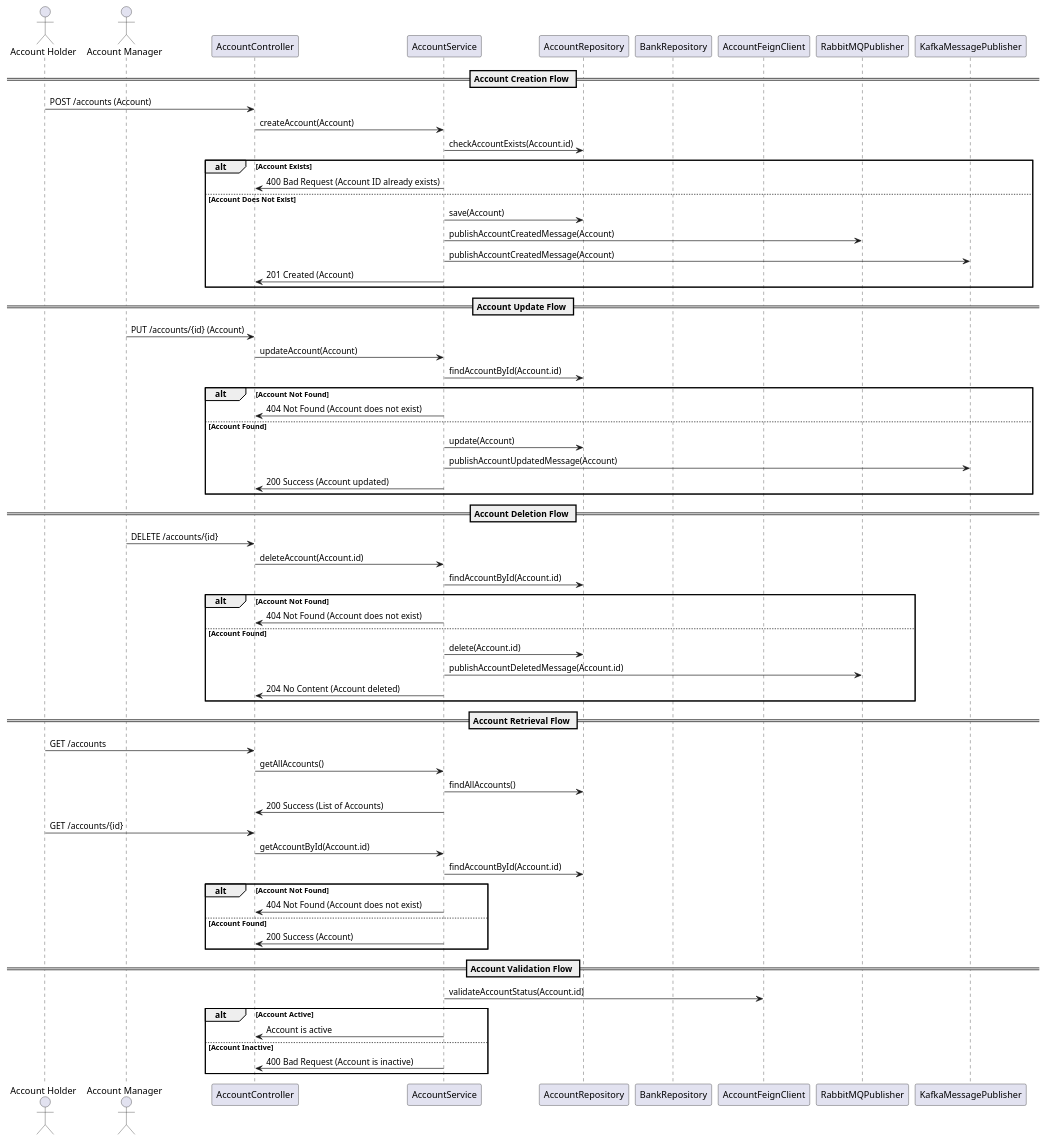
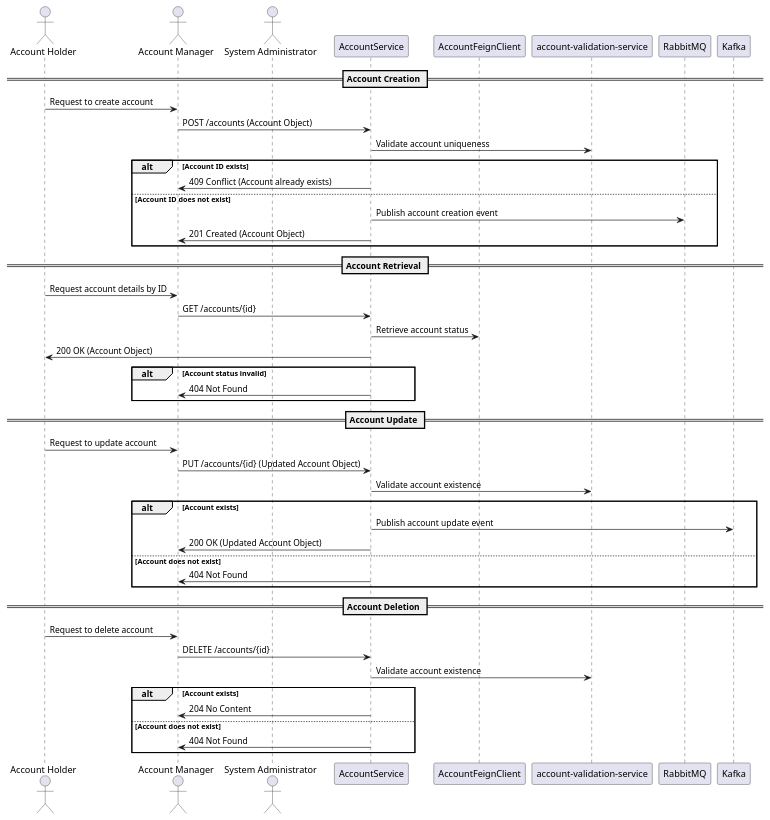
Before and after one commit to Bhaskar-Pavan/AccountService: the diagram in design_document/AccountService.md, drawn with PlantUML. The commit also changed other lines of this file, not shown here.

````diff
--- a/design_document/AccountService.md
+++ b/design_document/AccountService.md
@@ -37,74 +37,54 @@
 ```plantuml
 @startuml
 actor "Account Holder" as AH
 actor "Account Manager" as AM
-participant "AccountController" as AC
+actor "System Administrator" as SA
 participant "AccountService" as AS
-participant "AccountRepository" as AR
-participant "BankRepository" as BR
 participant "AccountFeignClient" as AFC
-participant "RabbitMQPublisher" as RMP
-participant "KafkaMessagePublisher" as KMP
+participant "account-validation-service" as AVS
+participant "RabbitMQ" as RMQ
+participant "Kafka" as KAFKA
 
-== Account Creation Flow ==
-AH -> AC : POST /accounts (Account)
-AC -> AS : createAccount(Account)
-AS -> AR : checkAccountExists(Account.id)
-alt Account Exists
-    AS -> AC : 400 Bad Request (Account ID already exists)
-else Account Does Not Exist
-    AS -> AR : save(Account)
-    AS -> RMP : publishAccountCreatedMessage(Account)
-    AS -> KMP : publishAccountCreatedMessage(Account)
-    AS -> AC : 201 Created (Account)
+== Account Creation ==
+AH -> AM : Request to create account
+AM -> AS : POST /accounts (Account Object)
+AS -> AVS : Validate account uniqueness
+alt Account ID exists
+    AS -> AM : 409 Conflict (Account already exists)
+else Account ID does not exist
+    AS -> RMQ : Publish account creation event
+    AS -> AM : 201 Created (Account Object)
 end
 
-== Account Update Flow ==
-AM -> AC : PUT /accounts/{id} (Account)
-AC -> AS : updateAccount(Account)
-AS -> AR : findAccountById(Account.id)
-alt Account Not Found
-    AS -> AC : 404 Not Found (Account does not exist)
-else Account Found
-    AS -> AR : update(Account)
-    AS -> KMP : publishAccountUpdatedMessage(Account)
-    AS -> AC : 200 Success (Account updated)
+== Account Retrieval ==
+AH -> AM : Request account details by ID
+AM -> AS : GET /accounts/{id}
+AS -> AFC : Retrieve account status
+AS -> AH : 200 OK (Account Object)
+alt Account status invalid
+    AS -> AM : 404 Not Found
 end
 
-== Account Deletion Flow ==
-AM -> AC : DELETE /accounts/{id}
-AC -> AS : deleteAccount(Account.id)
-AS -> AR : findAccountById(Account.id)
-alt Account Not Found
-    AS -> AC : 404 Not Found (Account does not exist)
-else Account Found
-    AS -> AR : delete(Account.id)
-    AS -> RMP : publishAccountDeletedMessage(Account.id)
-    AS -> AC : 204 No Content (Account deleted)
+== Account Update ==
+AH -> AM : Request to update account
+AM -> AS : PUT /accounts/{id} (Updated Account Object)
+AS -> AVS : Validate account existence
+alt Account exists
+    AS -> KAFKA : Publish account update event
+    AS -> AM : 200 OK (Updated Account Object)
+else Account does not exist
+    AS -> AM : 404 Not Found
 end
 
-== Account Retrieval Flow ==
-AH -> AC : GET /accounts
-AC -> AS : getAllAccounts()
-AS -> AR : findAllAccounts()
-AS -> AC : 200 Success (List of Accounts)
-
-AH -> AC : GET /accounts/{id}
-AC -> AS : getAccountById(Account.id)
-AS -> AR : findAccountById(Account.id)
-alt Account Not Found
-    AS -> AC : 404 Not Found (Account does not exist)
-else Account Found
-    AS -> AC : 200 Success (Account)
-end
-
-== Account Validation Flow ==
-AS -> AFC : validateAccountStatus(Account.id)
-alt Account Active
-    AS -> AC : Account is active
-else Account Inactive
-    AS -> AC : 400 Bad Request (Account is inactive)
+== Account Deletion ==
+AH -> AM : Request to delete account
+AM -> AS : DELETE /accounts/{id}
+AS -> AVS : Validate account existence
+alt Account exists
+    AS -> AM : 204 No Content
+else Account does not exist
+    AS -> AM : 404 Not Found
 end
 
 @enduml
 ```
````
